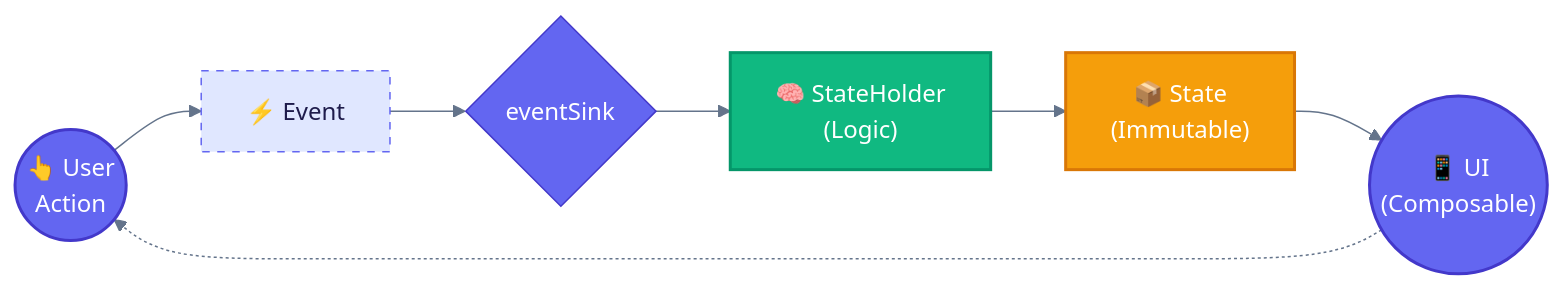
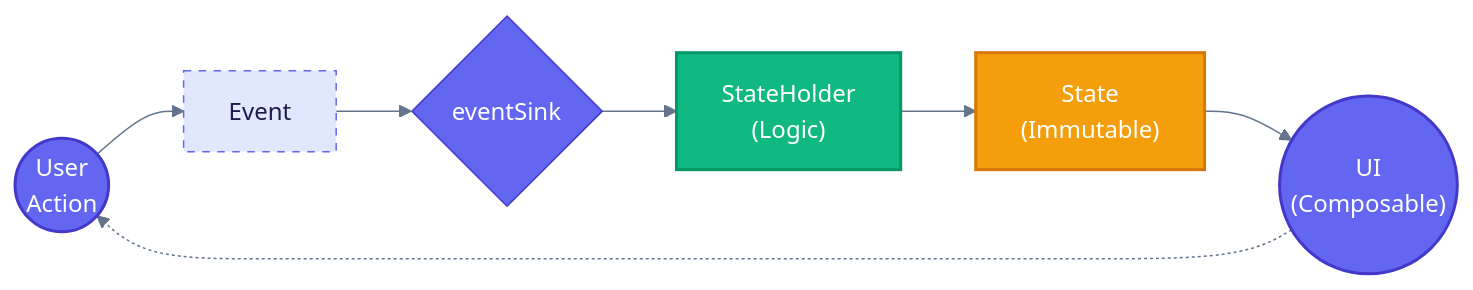
Before and after one commit to jkjamies/MESA-Android: the first of 2 diagrams in README.md, drawn with Mermaid. The commit also changed other lines of this file and 97 other files, not shown here.

````diff
--- a/README.md
+++ b/README.md
@@ -32,16 +51,16 @@
 ```mermaid
 %%{init: {'theme': 'base', 'themeVariables': { 'primaryColor': '#6366f1', 'primaryTextColor': '#fff', 'primaryBorderColor': '#4338ca', 'lineColor': '#64748b', 'secondaryColor': '#f1f5f9', 'tertiaryColor': '#e0e7ff'}}}%%
 flowchart LR
-    A(("👆 User<br/>Action")) --> B["⚡ Event"]
+    A(("User<br/>Action")) --> B["Event"]
     B --> C{"eventSink"}
-    C --> D["🧠 StateHolder<br/>(Logic)"]
-    D --> E["📦 State<br/>(Immutable)"]
-    E --> F(("📱 UI<br/>(Composable)"))
+    C --> D["StateHolder<br/>(Logic)"]
+    D --> E["State<br/>(Immutable)"]
+    E --> F(("UI<br/>(Composable)"))
     F -.-> A
-    
+
     style A fill:#6366f1,stroke:#4338ca,stroke-width:2px,color:#fff,shadow:true
     style F fill:#6366f1,stroke:#4338ca,stroke-width:2px,color:#fff,shadow:true
     style D fill:#10b981,stroke:#059669,stroke-width:2px,color:#fff,shadow:true
     style E fill:#f59e0b,stroke:#d97706,stroke-width:2px,color:#fff,shadow:true
     style B fill:#e0e7ff,stroke:#6366f1,color:#1e1b4b,stroke-dasharray: 5 5
 ```
````
